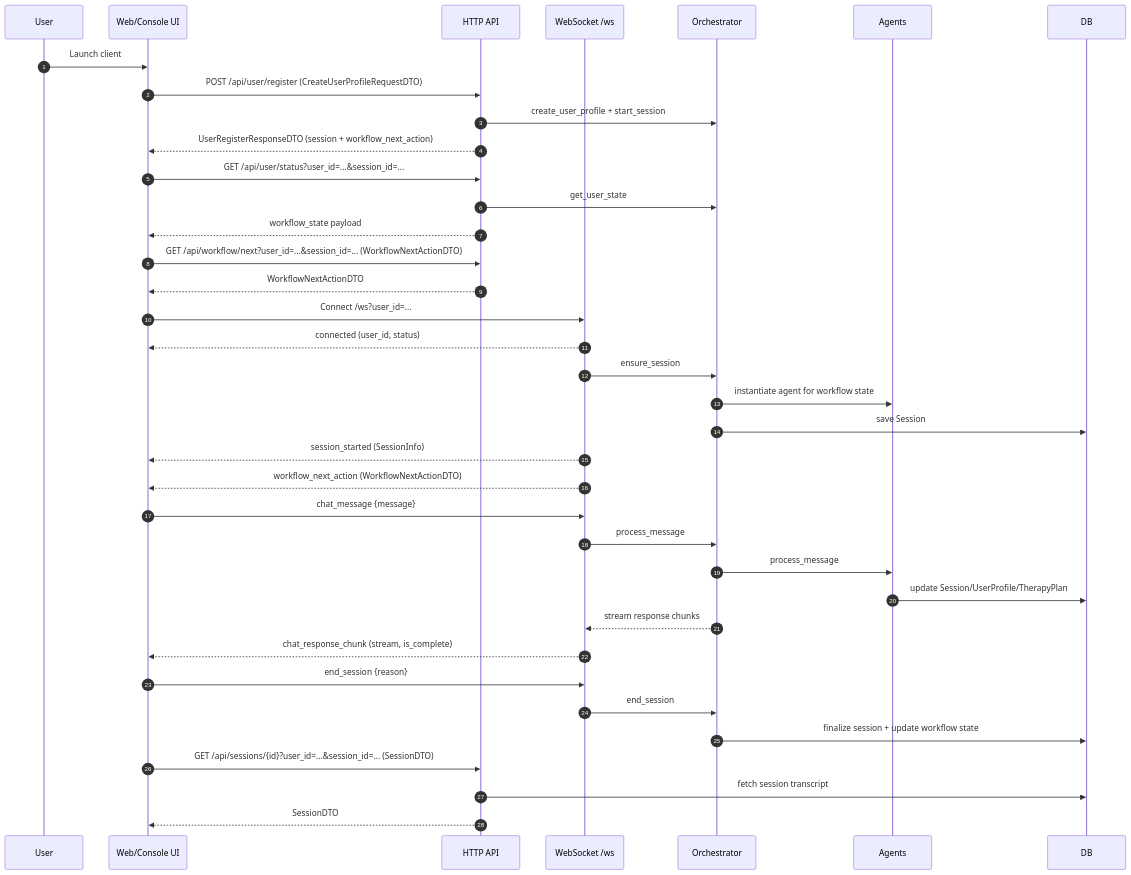
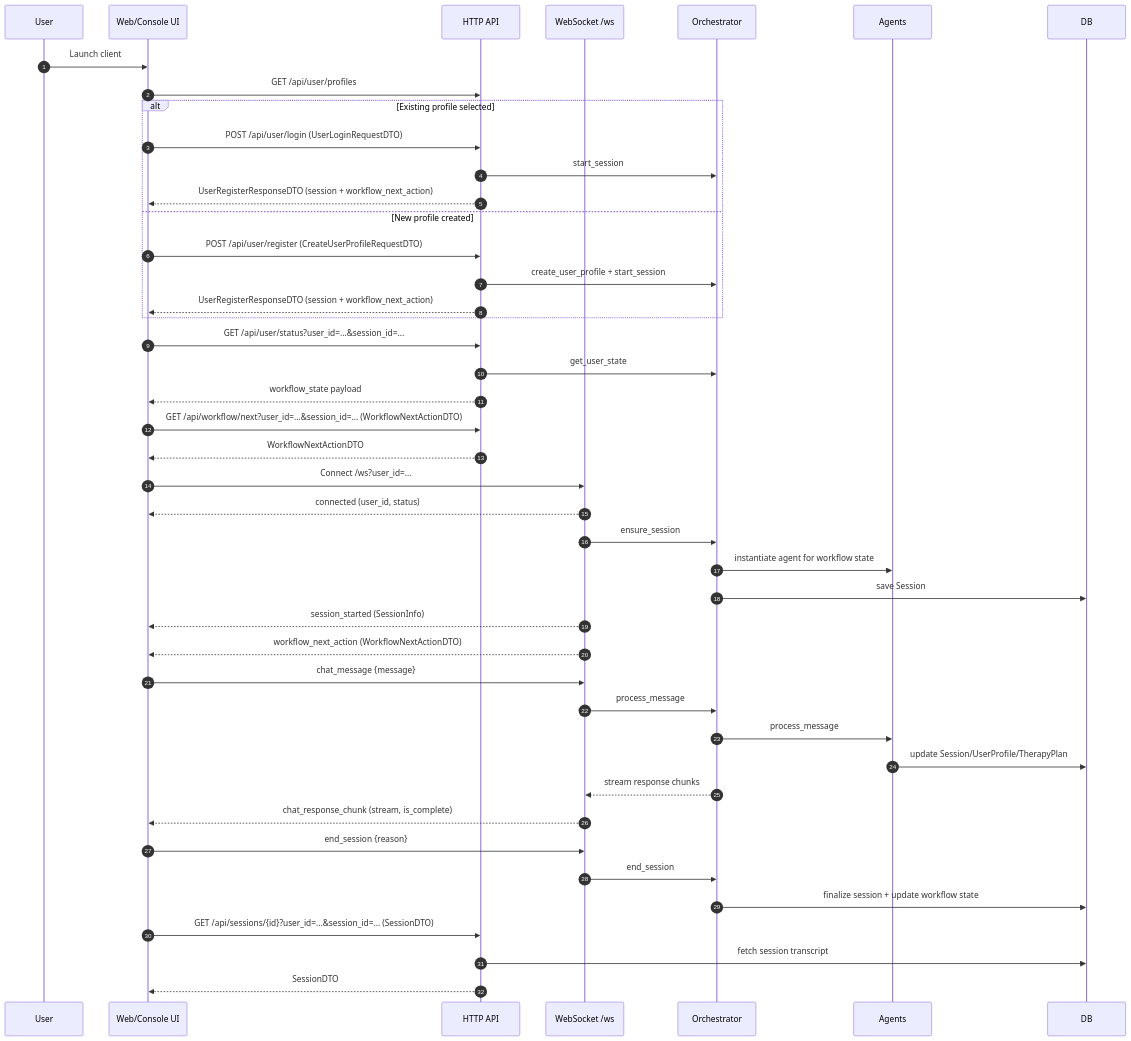
Before and after one commit to HagbardCel/llm_psychology: the second of 2 diagrams in docs/user_journey.md, drawn with Mermaid. The commit also changed other lines of this file and 64 other files, not shown here.

````diff
--- a/docs/user_journey.md
+++ b/docs/user_journey.md
@@ -23,46 +23,53 @@
 ```mermaid
 sequenceDiagram
     autonumber
     participant User
     participant UI as Web/Console UI
     participant HTTP as HTTP API
     participant WS as WebSocket /ws
     participant Orchestrator
     participant Agents
     participant DB
 
     User->>UI: Launch client
-    UI->>HTTP: POST /api/user/register (CreateUserProfileRequestDTO)
-    HTTP->>Orchestrator: create_user_profile + start_session
-    HTTP-->>UI: UserRegisterResponseDTO (session + workflow_next_action)
+    UI->>HTTP: GET /api/user/profiles
+    alt Existing profile selected
+        UI->>HTTP: POST /api/user/login (UserLoginRequestDTO)
+        HTTP->>Orchestrator: start_session
+        HTTP-->>UI: UserRegisterResponseDTO (session + workflow_next_action)
+    else New profile created
+        UI->>HTTP: POST /api/user/register (CreateUserProfileRequestDTO)
+        HTTP->>Orchestrator: create_user_profile + start_session
+        HTTP-->>UI: UserRegisterResponseDTO (session + workflow_next_action)
+    end
     UI->>HTTP: GET /api/user/status?user_id=...&session_id=...
     HTTP->>Orchestrator: get_user_state
     HTTP-->>UI: workflow_state payload
 
     UI->>HTTP: GET /api/workflow/next?user_id=...&session_id=... (WorkflowNextActionDTO)
     HTTP-->>UI: WorkflowNextActionDTO
 
     UI->>WS: Connect /ws?user_id=...
     WS-->>UI: connected (user_id, status)
 
     WS->>Orchestrator: ensure_session
     Orchestrator->>Agents: instantiate agent for workflow state
     Orchestrator->>DB: save Session
     WS-->>UI: session_started (SessionInfo)
     WS-->>UI: workflow_next_action (WorkflowNextActionDTO)
 
     UI->>WS: chat_message {message}
     WS->>Orchestrator: process_message
     Orchestrator->>Agents: process_message
     Agents->>DB: update Session/UserProfile/TherapyPlan
     Orchestrator-->>WS: stream response chunks
     WS-->>UI: chat_response_chunk (stream, is_complete)
 
     UI->>WS: end_session {reason}
     WS->>Orchestrator: end_session
     Orchestrator->>DB: finalize session + update workflow state
 
     UI->>HTTP: GET /api/sessions/{id}?user_id=...&session_id=... (SessionDTO)
     HTTP->>DB: fetch session transcript
     HTTP-->>UI: SessionDTO
 ```
````
